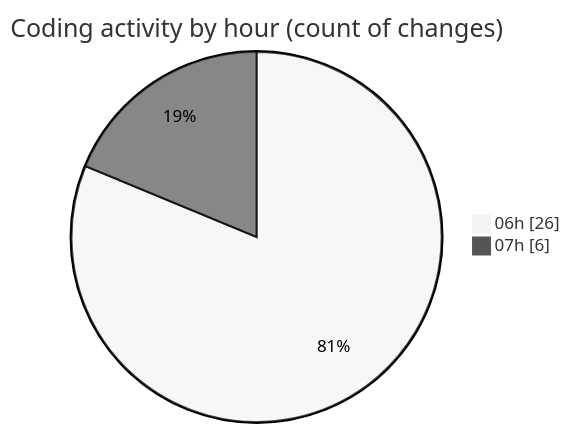
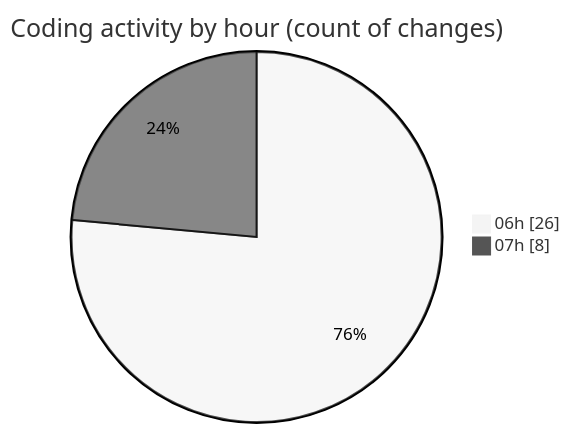
The second of 2 diagrams in 2025-01-30/mbc-web/README.md (robertbonfada/code-tracking), drawn with Mermaid (neutral theme) before and after one commit. The commit also changed other lines of this file and 1 other file, not shown here.

````diff
--- a/2025-01-30/mbc-web/README.md
+++ b/2025-01-30/mbc-web/README.md
@@ -39,6 +39,6 @@
 ```mermaid
 pie showData
 title Coding activity by hour (count of changes)
 "06h" : 26
-"07h" : 6
+"07h" : 8
 ```
````
